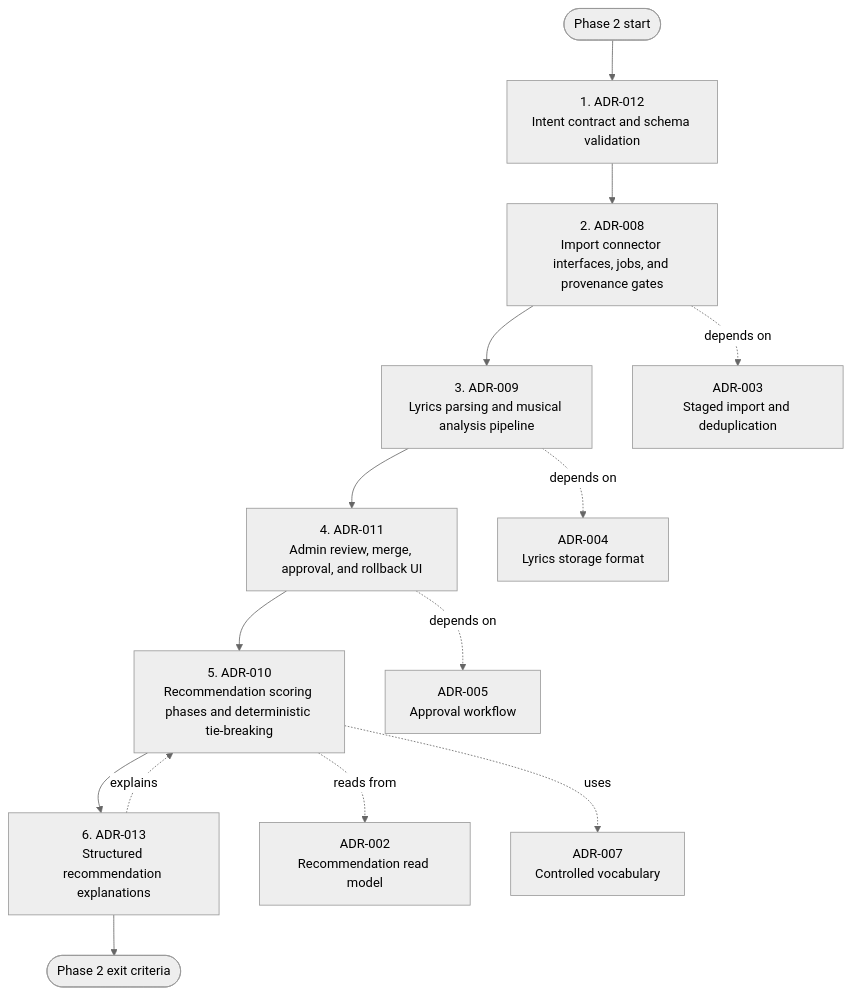
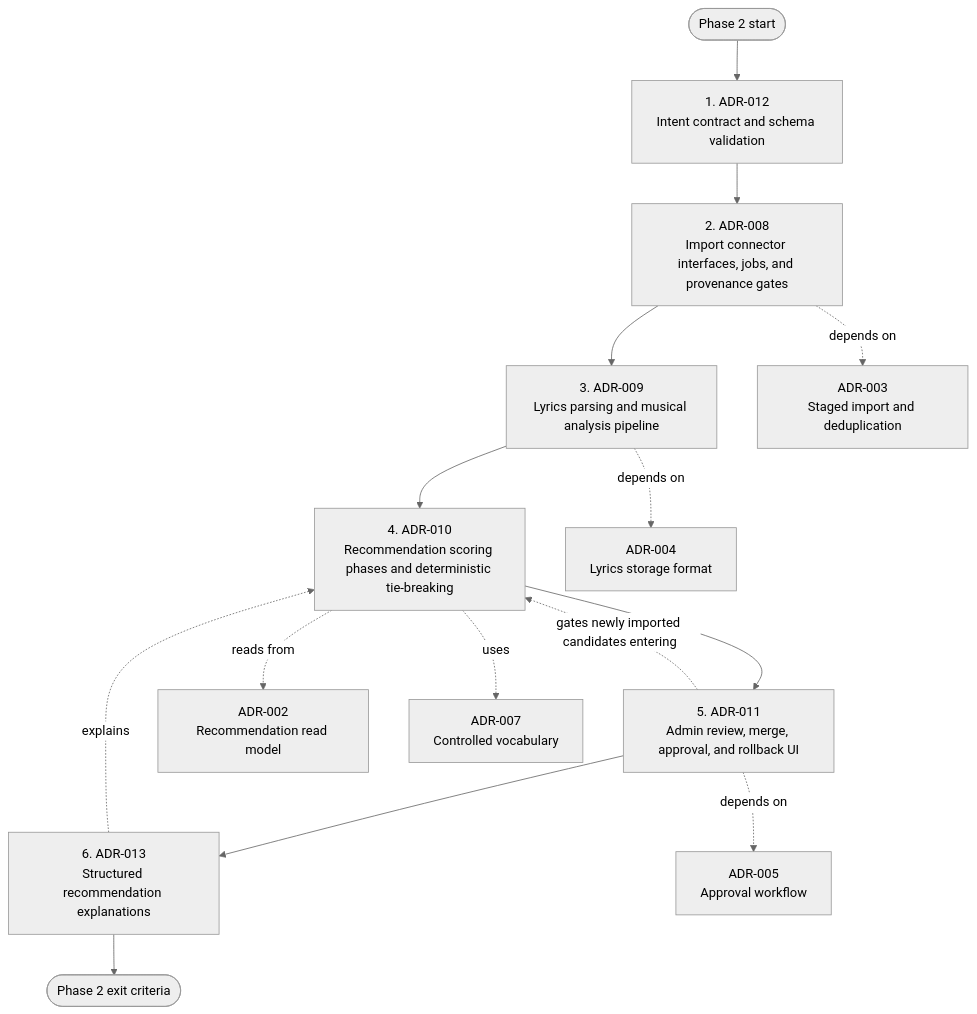
The diagram in docs/adr/README.md (homeputers/cadentia), drawn with Mermaid (neutral theme) before and after one commit. The commit also changed other lines of this file and 7 other files, not shown here.

````diff
--- a/docs/adr/README.md
+++ b/docs/adr/README.md
@@ -58,17 +63,18 @@
 ```mermaid
 flowchart TD
     P2([Phase 2 start]) --> S1[1. ADR-012\nIntent contract and schema validation]
     S1 --> S2[2. ADR-008\nImport connector interfaces, jobs, and provenance gates]
     S2 --> S3[3. ADR-009\nLyrics parsing and musical analysis pipeline]
-    S3 --> S4[4. ADR-011\nAdmin review, merge, approval, and rollback UI]
-    S4 --> S5[5. ADR-010\nRecommendation scoring phases and deterministic tie-breaking]
+    S3 --> S4[4. ADR-010\nRecommendation scoring phases and deterministic tie-breaking]
+    S4 --> S5[5. ADR-011\nAdmin review, merge, approval, and rollback UI]
     S5 --> S6[6. ADR-013\nStructured recommendation explanations]
     S6 --> P2Done([Phase 2 exit criteria])
 
     S2 -. depends on .-> A3[ADR-003\nStaged import and deduplication]
     S3 -. depends on .-> A4[ADR-004\nLyrics storage format]
-    S4 -. depends on .-> A5[ADR-005\nApproval workflow]
-    S5 -. reads from .-> A2[ADR-002\nRecommendation read model]
-    S5 -. uses .-> A7[ADR-007\nControlled vocabulary]
-    S6 -. explains .-> S5
+    S4 -. reads from .-> A2[ADR-002\nRecommendation read model]
+    S4 -. uses .-> A7[ADR-007\nControlled vocabulary]
+    S5 -. depends on .-> A5[ADR-005\nApproval workflow]
+    S5 -. gates newly imported candidates entering .-> S4
+    S6 -. explains .-> S4
 ```
````
